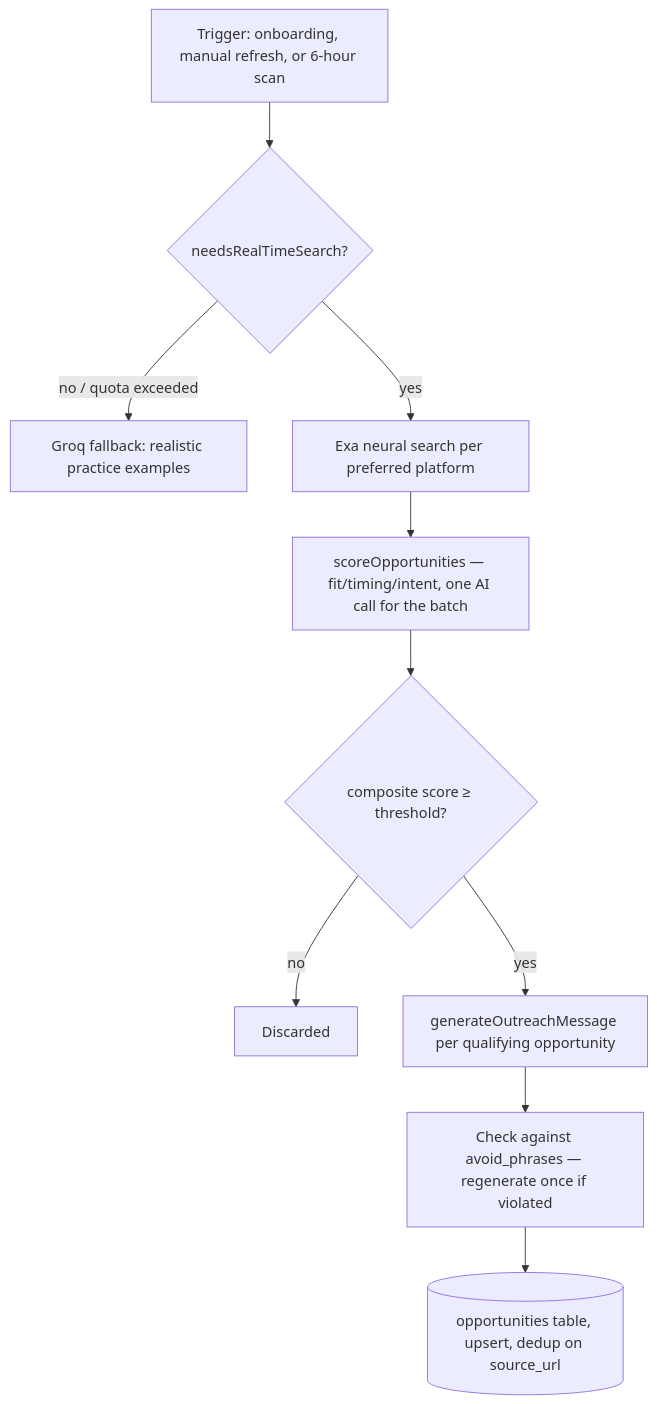
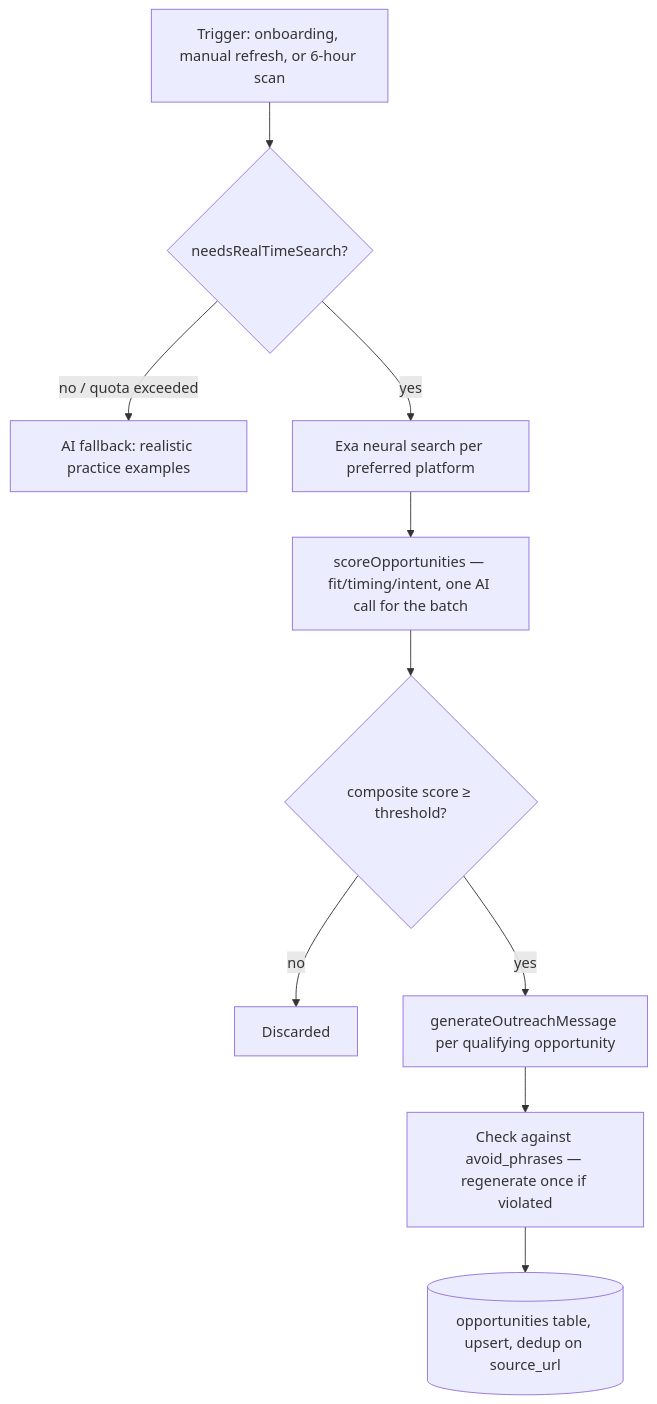
One commit to Devpaul-01/Foundersales changed the diagram in PRODUCT_OVERVIEW.md. Above: the diagram before and after it, drawn with Mermaid. The commit also changed other lines of this file and 4 other files, not shown here.

````diff
--- a/PRODUCT_OVERVIEW.md
+++ b/PRODUCT_OVERVIEW.md
@@ -82,12 +82,12 @@
 ```mermaid
 flowchart TB
     A[Trigger: onboarding, manual refresh, or 6-hour scan] --> B{needsRealTimeSearch?}
-    B -->|no / quota exceeded| C[Groq fallback: realistic practice examples]
+    B -->|no / quota exceeded| C[AI fallback: realistic practice examples]
     B -->|yes| D[Exa neural search per preferred platform]
     D --> E[scoreOpportunities — fit/timing/intent, one AI call for the batch]
     E --> F{composite score ≥ threshold?}
     F -->|no| G[Discarded]
     F -->|yes| H[generateOutreachMessage per qualifying opportunity]
     H --> I[Check against avoid_phrases — regenerate once if violated]
     I --> J[(opportunities table, upsert, dedup on source_url)]
 ```
````
